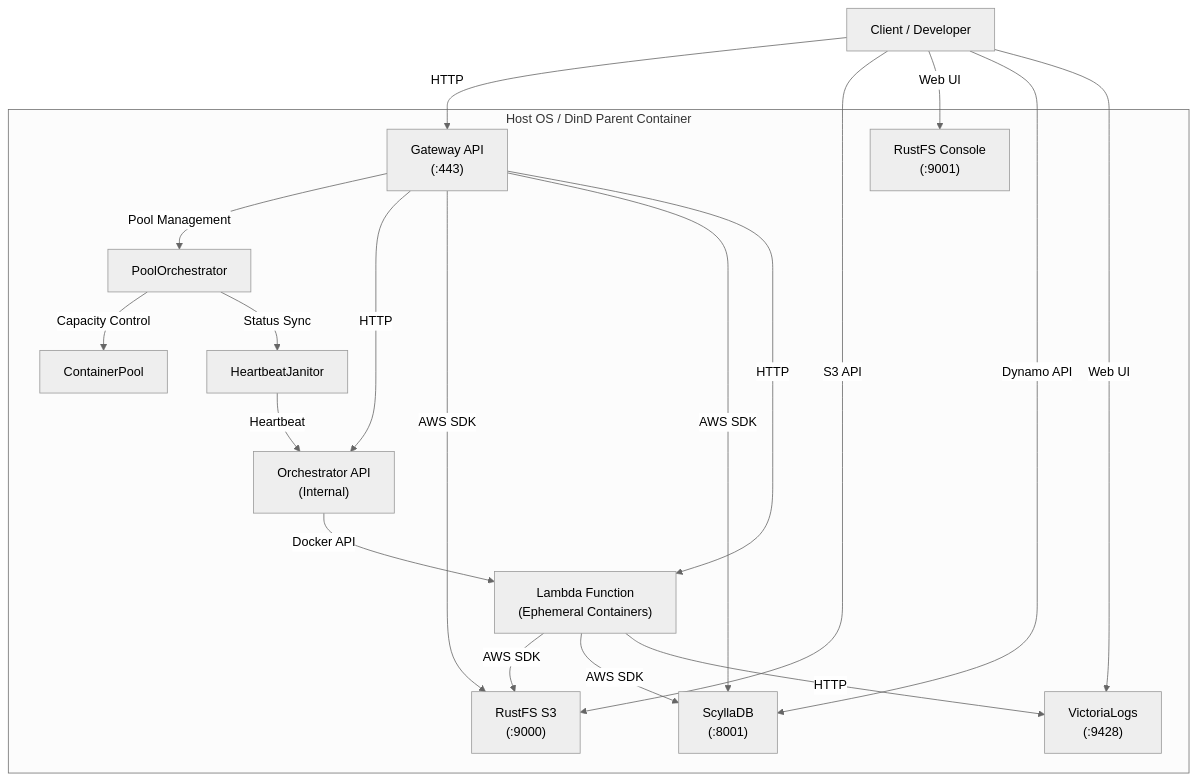
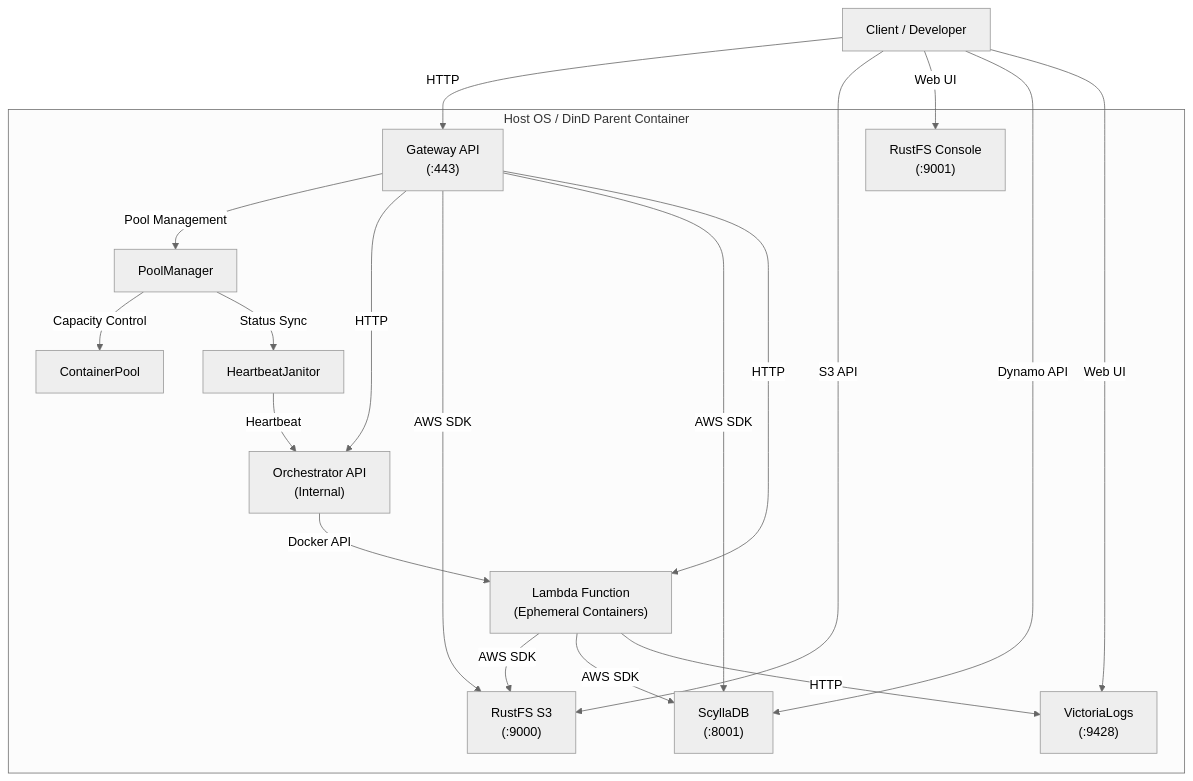
The diagram in docs/spec.md (poruru-code/esb), drawn with Mermaid (neutral theme) before and after one commit. The commit also changed other lines of this file and 16 other files, not shown here.

First line of the commit message:
refactor(gateway): remove Legacy Mode and unify to PoolManager

````diff
--- a/docs/spec.md
+++ b/docs/spec.md
@@ -10,37 +10,37 @@
 ```mermaid
 flowchart TD
     User["Client / Developer"]
     
     subgraph Host ["Host OS / DinD Parent Container"]
         Gateway["Gateway API<br>(:443)"]
         Orchestrator["Orchestrator API<br>(Internal)"]
         RustFS["RustFS S3<br>(:9000)"]
         Console["RustFS Console<br>(:9001)"]
         DB["ScyllaDB<br>(:8001)"]
         Logs["VictoriaLogs<br>(:9428)"]
         
-        Gateway -->|Pool Management| PoolOrchestrator["PoolOrchestrator"]
-        PoolOrchestrator -->|Capacity Control| ContainerPool["ContainerPool"]
-        PoolOrchestrator -->|Status Sync| HeartbeatJanitor["HeartbeatJanitor"]
+        Gateway -->|Pool Management| PoolManager["PoolManager"]
+        PoolManager -->|Capacity Control| ContainerPool["ContainerPool"]
+        PoolManager -->|Status Sync| HeartbeatJanitor["HeartbeatJanitor"]
         
         Lambda["Lambda Function<br>(Ephemeral Containers)"]
     end
 
     User -->|HTTP| Gateway
     User -->|S3 API| RustFS
     User -->|Web UI| Console
     User -->|Dynamo API| DB
     User -->|Web UI| Logs
     
     Gateway -->|HTTP| Orchestrator
     HeartbeatJanitor -->|Heartbeat| Orchestrator
     Gateway -->|AWS SDK| RustFS
     Gateway -->|AWS SDK| DB
     Gateway -->|HTTP| Lambda
     
     Orchestrator -->|Docker API| Lambda
     
     Lambda -->|AWS SDK| RustFS
     Lambda -->|AWS SDK| DB
     Lambda -->|HTTP| Logs
 ```
````
